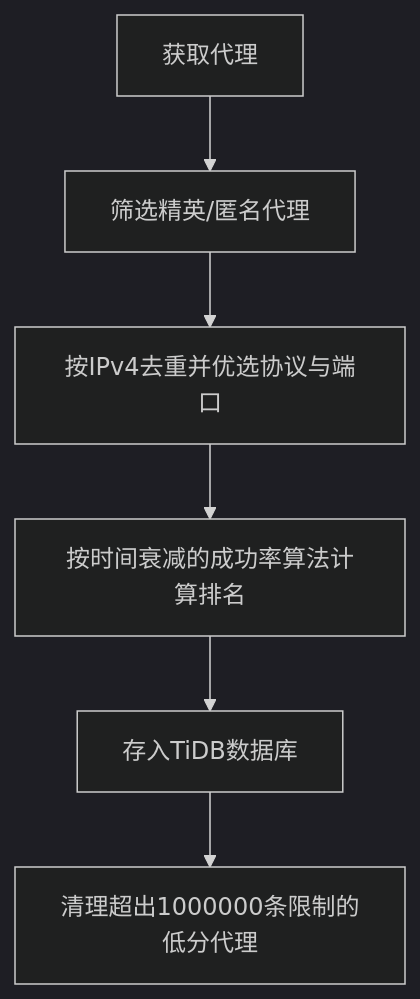
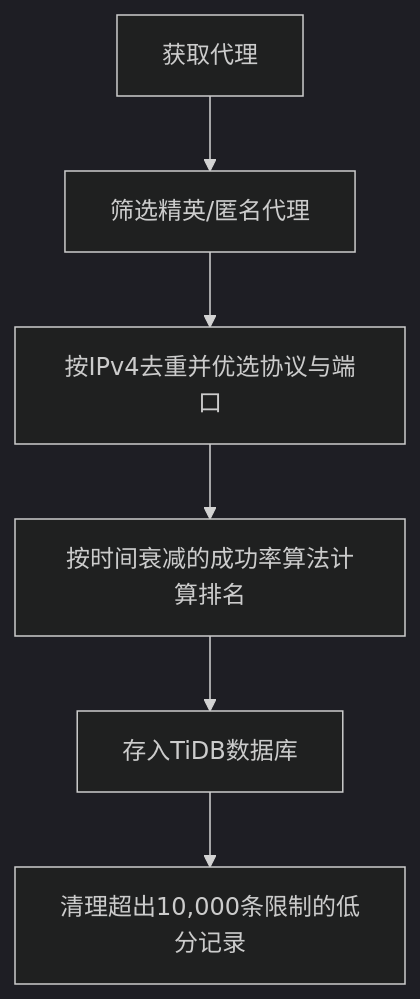
The second of 2 diagrams in proxy_fetch/README.md (webc-site/npm), drawn with Mermaid (dark theme) before and after one commit. The commit also changed other lines of this file and 1 other file, not shown here.

````diff
--- a/proxy_fetch/README.md
+++ b/proxy_fetch/README.md
@@ -129,8 +129,8 @@
 ```mermaid
 graph TD
     A[获取代理] --> B[筛选精英/匿名代理]
     B --> C[按IPv4去重并优选协议与端口]
     C --> D[按时间衰减的成功率算法计算排名]
     D --> E[存入TiDB数据库]
-    E --> F[清理超出1000000条限制的低分代理]
+    E --> F[清理超出10,000条限制的低分记录]
 ```
````
